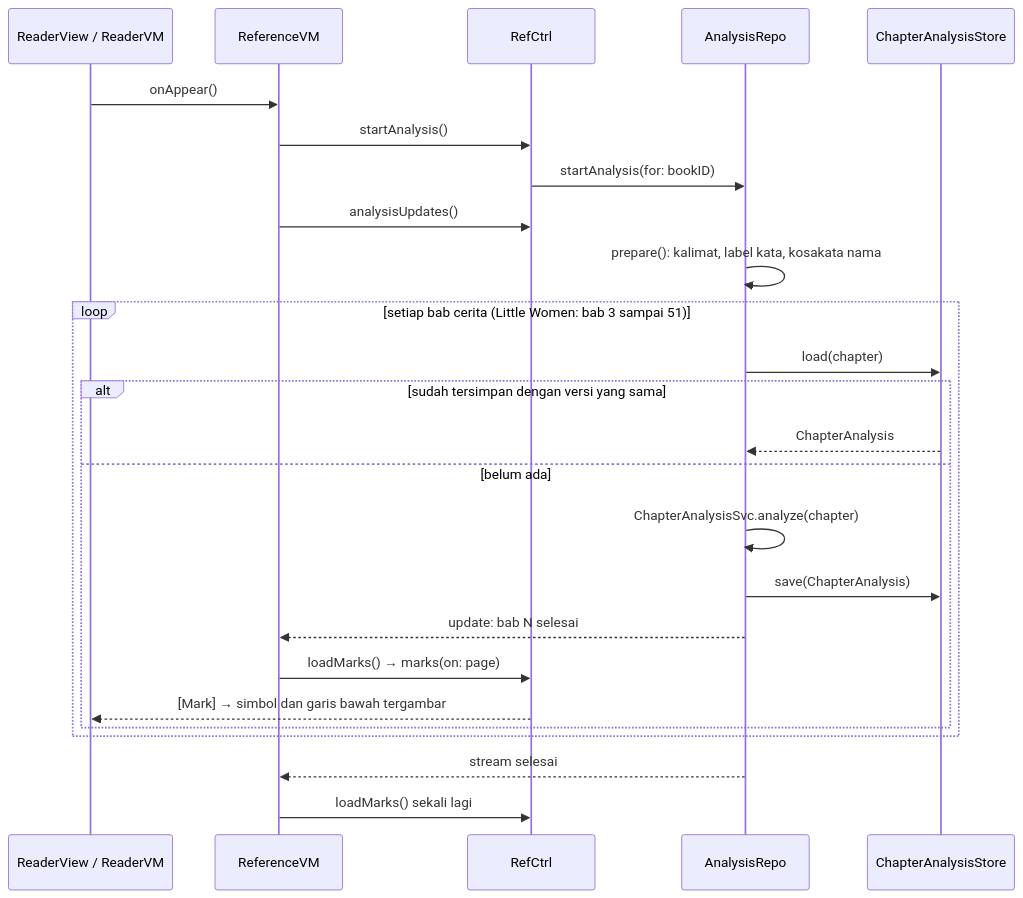
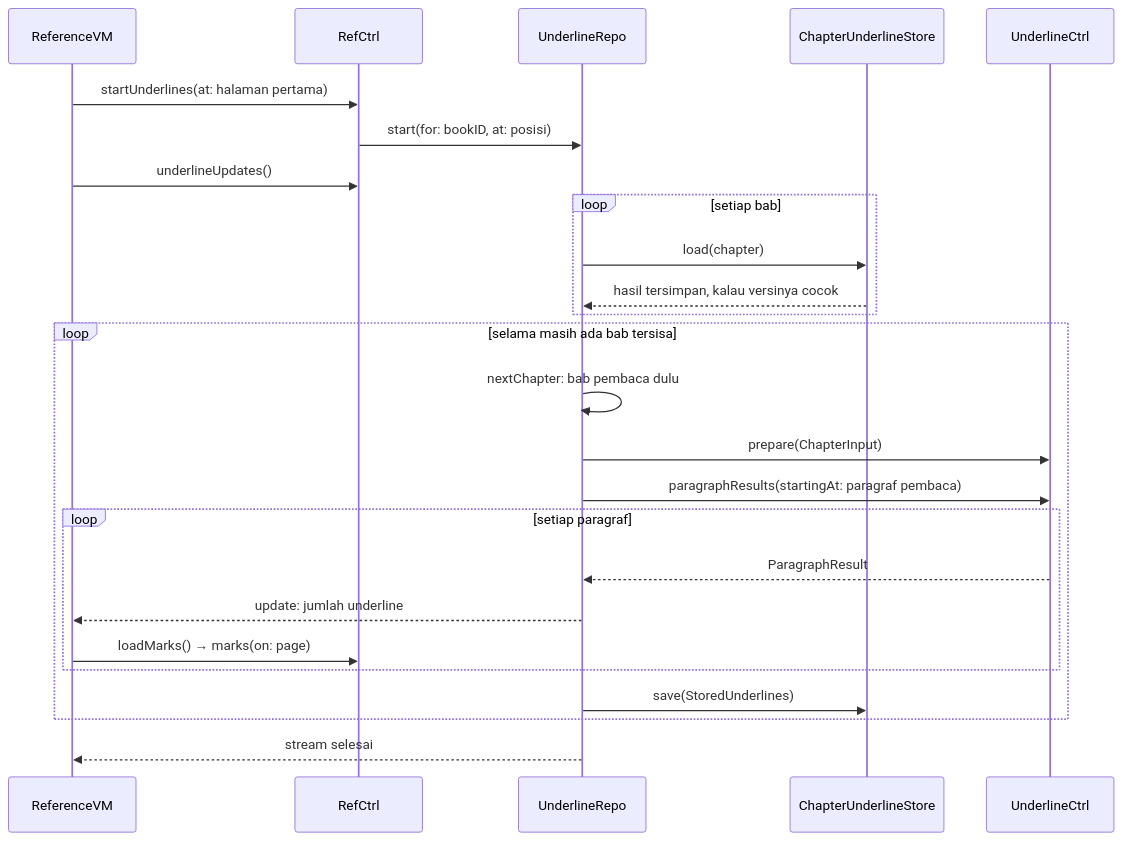
One commit to AftrHours/iRead changed the second of 2 diagrams in WALKTHROUGH.md. Above: the diagram before and after it, drawn with Mermaid. The commit also changed other lines of this file and 3 other files, not shown here.

Commit message:
fix: [AB] Cleanup architecture and add debugreport

````diff
--- a/WALKTHROUGH.md
+++ b/WALKTHROUGH.md
@@ -61,27 +63,27 @@
 ```mermaid
 sequenceDiagram
-    participant V as ReaderView / ReaderVM
     participant R as ReferenceVM
     participant C as RefCtrl
-    participant A as AnalysisRepo
-    participant S as ChapterAnalysisStore
-    V->>R: onAppear()
-    R->>C: startAnalysis()
-    C->>A: startAnalysis(for: bookID)
-    R->>C: analysisUpdates()
-    A->>A: prepare(): kalimat, label kata, kosakata nama
-    loop setiap bab cerita (Little Women: bab 3 sampai 51)
-        A->>S: load(chapter)
-        alt sudah tersimpan dengan versi yang sama
-            S-->>A: ChapterAnalysis
-        else belum ada
-            A->>A: ChapterAnalysisSvc.analyze(chapter)
-            A->>S: save(ChapterAnalysis)
-            A-->>R: update: bab N selesai
+    participant U as UnderlineRepo
+    participant S as ChapterUnderlineStore
+    participant E as UnderlineCtrl
+    R->>C: startUnderlines(at: halaman pertama)
+    C->>U: start(for: bookID, at: posisi)
+    R->>C: underlineUpdates()
+    loop setiap bab
+        U->>S: load(chapter)
+        S-->>U: hasil tersimpan, kalau versinya cocok
+    end
+    loop selama masih ada bab tersisa
+        U->>U: nextChapter: bab pembaca dulu
+        U->>E: prepare(ChapterInput)
+        U->>E: paragraphResults(startingAt: paragraf pembaca)
+        loop setiap paragraf
+            E-->>U: ParagraphResult
+            U-->>R: update: jumlah underline
             R->>C: loadMarks() → marks(on: page)
-            C-->>V: [Mark] → simbol dan garis bawah tergambar
         end
+        U->>S: save(StoredUnderlines)
     end
-    A-->>R: stream selesai
-    R->>C: loadMarks() sekali lagi
+    U-->>R: stream selesai
 ```
````
